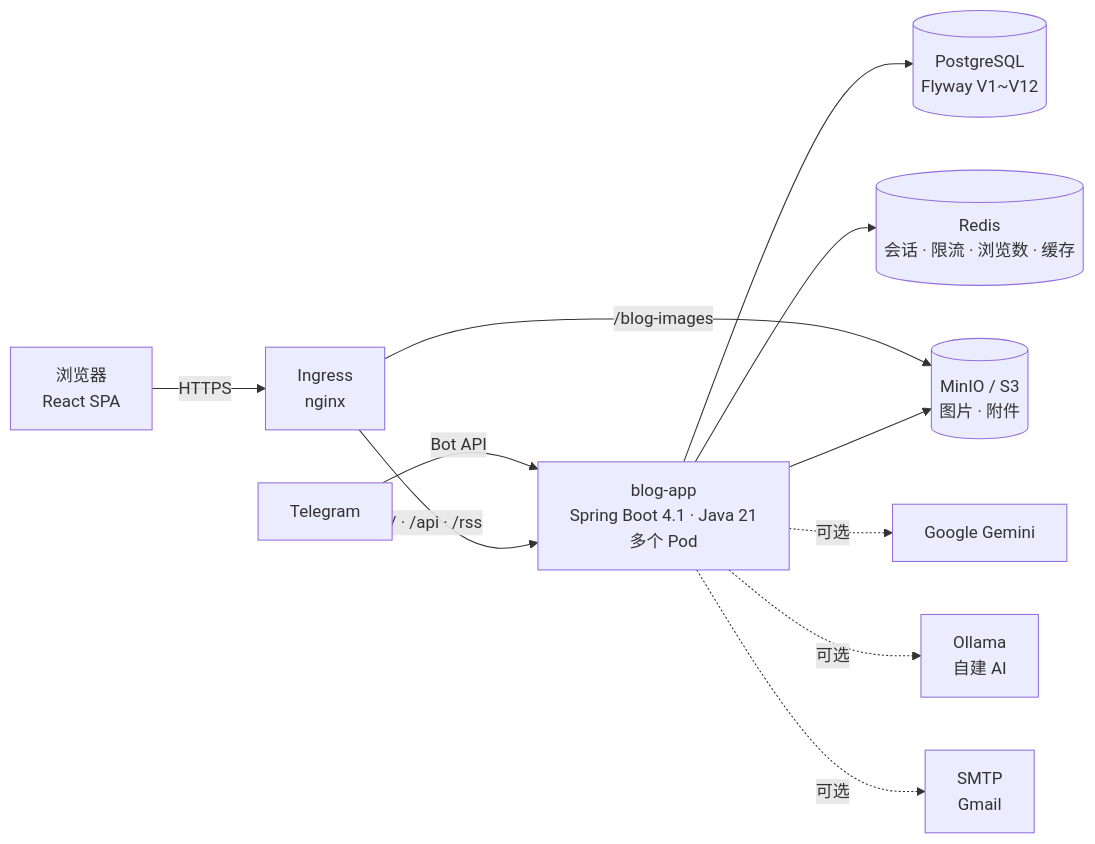
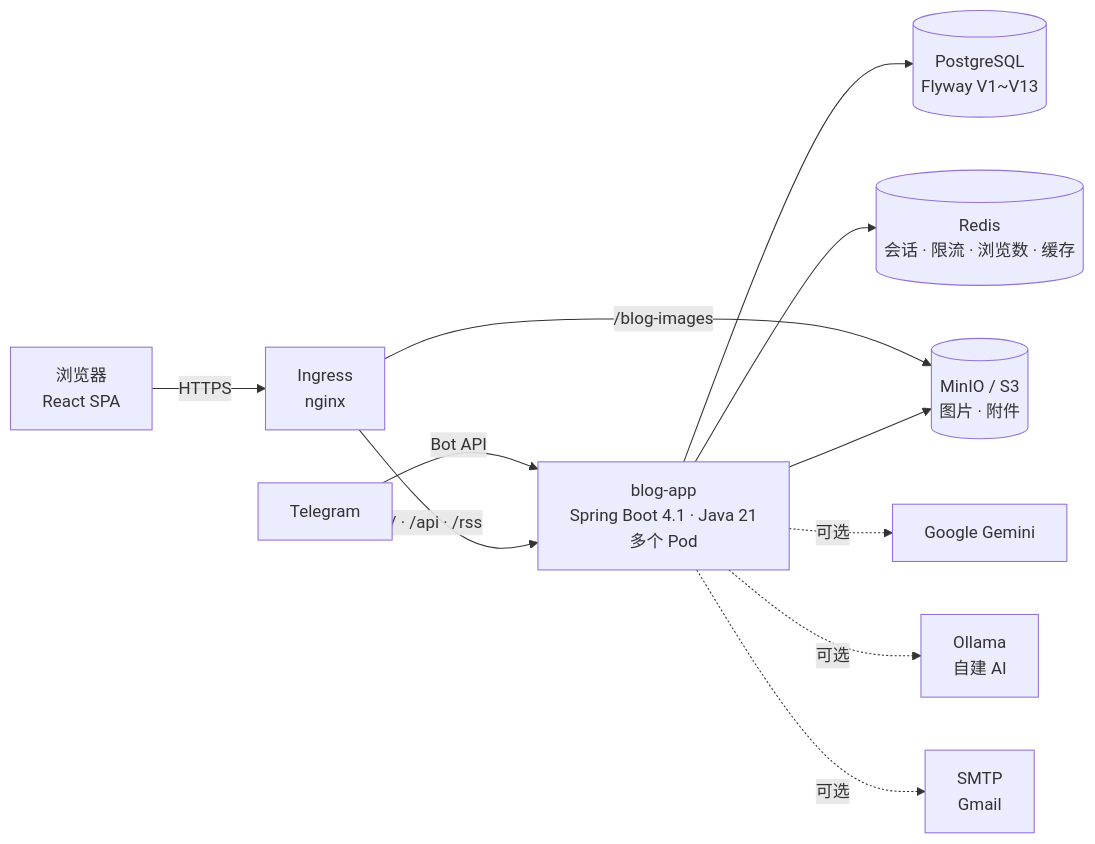
Before and after one commit to AIGJ-01-002-blog/Devlog: the first of 3 diagrams in README.zh.md, drawn with Mermaid. The commit also changed other lines of this file and 57 other files, not shown here.

````diff
--- a/README.zh.md
+++ b/README.zh.md
@@ -147,13 +147,13 @@
 ```mermaid
 flowchart LR
     B[浏览器<br/>React SPA] -->|HTTPS| I[Ingress<br/>nginx]
     T[Telegram] -->|Bot API| A
     I -->|/ · /api · /rss| A[blog-app<br/>Spring Boot 4.1 · Java 21<br/>多个 Pod]
     I -->|/blog-images| M[(MinIO / S3<br/>图片 · 附件)]
-    A --> P[(PostgreSQL<br/>Flyway V1~V12)]
+    A --> P[(PostgreSQL<br/>Flyway V1~V13)]
     A --> R[(Redis<br/>会话 · 限流 · 浏览数 · 缓存)]
     A --> M
     A -.可选.-> G[Google Gemini]
     A -.可选.-> O[Ollama<br/>自建 AI]
     A -.可选.-> S[SMTP<br/>Gmail]
 ```
````
